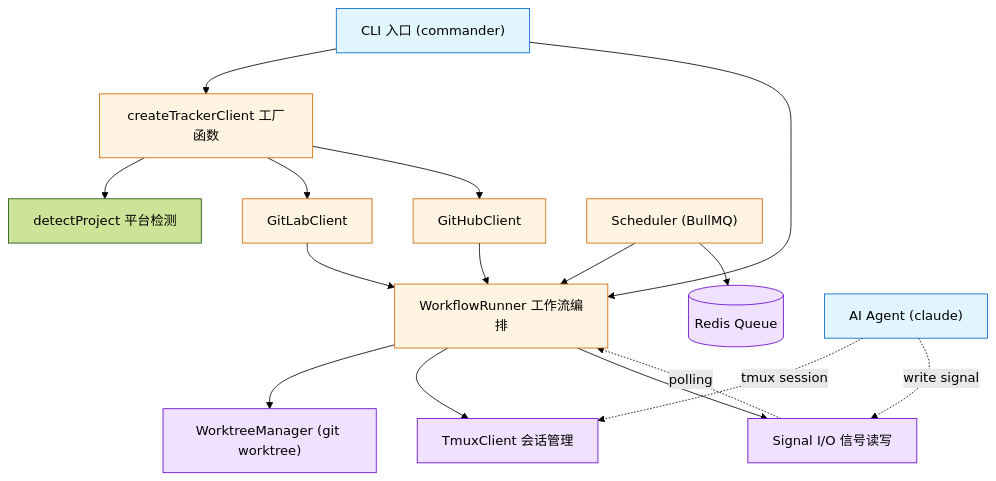
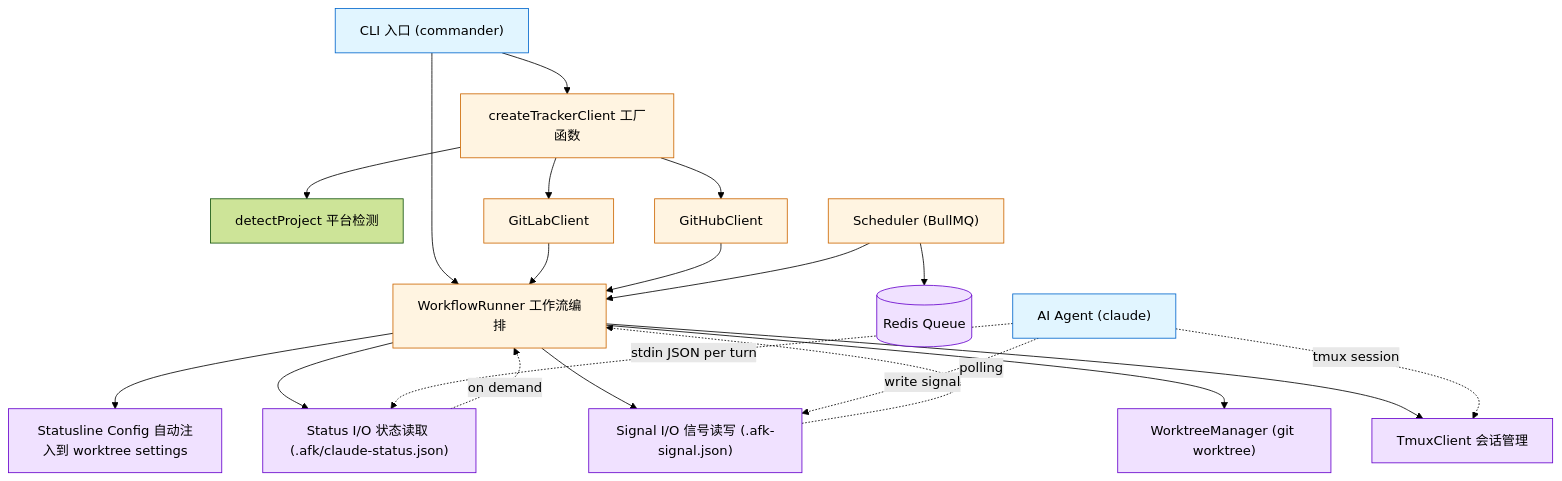
Before and after one commit to easyhaloo/afk: the first of 11 diagrams in docs/ARCHITECTURE.md, drawn with Mermaid (forest theme). The commit also changed other lines of this file, not shown here.

First line of the commit message:
docs: 同步 ARCHITECTURE.md 反映最新重构

````diff
--- a/docs/ARCHITECTURE.md
+++ b/docs/ARCHITECTURE.md
@@ -22,43 +22,49 @@
 ```mermaid
 graph TD
     CLI["CLI 入口 (commander)"]
     Factory["createTrackerClient 工厂函数"]
     Detect["detectProject 平台检测"]
     GL["GitLabClient"]
     GH["GitHubClient"]
     Runner["WorkflowRunner 工作流编排"]
     WT["WorktreeManager (git worktree)"]
     TMUX["TmuxClient 会话管理"]
-    SIG["Signal I/O 信号读写"]
+    SIG["Signal I/O 信号读写 (.afk-signal.json)"]
+    STATUS["Status I/O 状态读取 (.afk/claude-status.json)"]
+    SCONF["Statusline Config 自动注入到 worktree settings"]
     Sched["Scheduler (BullMQ)"]
     Queue[("Redis Queue")]
     Agent["AI Agent (claude)"]
 
     CLI --> Factory
     Factory --> Detect
     Factory --> GL
     Factory --> GH
 
     CLI --> Runner
     GL --> Runner
     GH --> Runner
 
     Runner --> WT
     Runner --> TMUX
     Runner --> SIG
+    Runner --> STATUS
+    Runner --> SCONF
 
     Sched --> Runner
     Sched --> Queue
 
     Agent -. tmux session .-> TMUX
     Agent -. write signal .-> SIG
+    Agent -. stdin JSON per turn .-> STATUS
     SIG -. polling .-> Runner
+    STATUS -. on demand .-> Runner
 
     classDef ext fill:#e1f5ff,stroke:#0066cc
     classDef core fill:#fff4e1,stroke:#cc6600
     classDef io fill:#f0e1ff,stroke:#6600cc
 
     class CLI,Agent ext
     class Runner,Factory,GL,GH,Sched core
-    class WT,TMUX,SIG,Queue io
+    class WT,TMUX,SIG,STATUS,SCONF,Queue io
 ```
````
